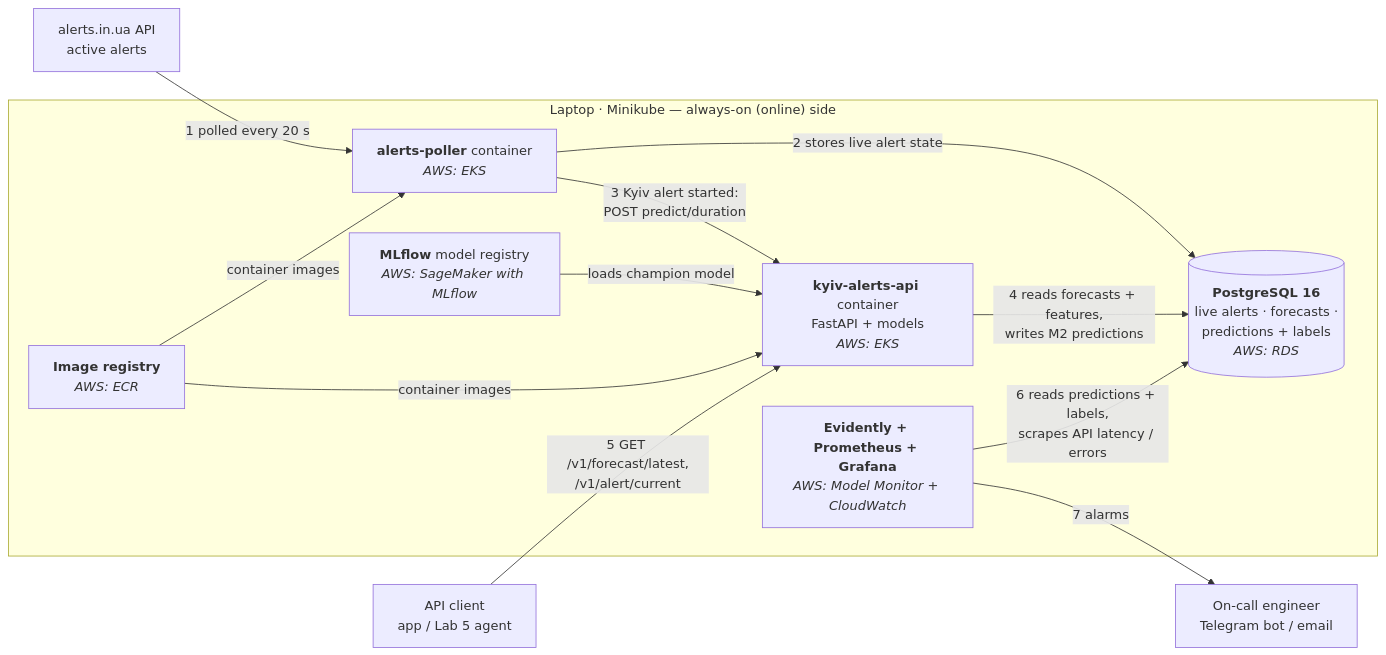
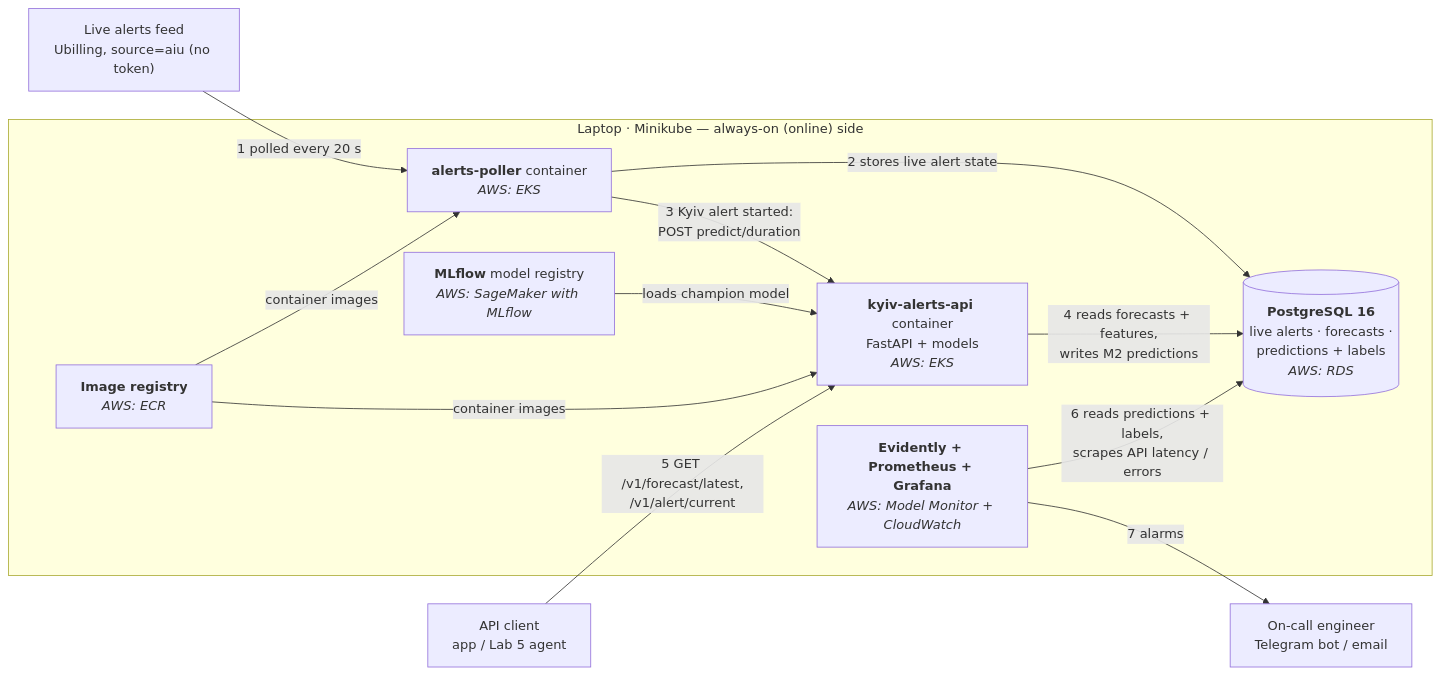
The fourth of 4 diagrams in docs/design.md (kvitoslava-yarish/mlops-2026), drawn with Mermaid before and after one commit. The commit also changed other lines of this file and 60 other files, not shown here.

````diff
--- a/docs/design.md
+++ b/docs/design.md
@@ -338,25 +391,25 @@
 ```mermaid
 flowchart LR
-    aiu["alerts.in.ua API<br/>active alerts"]
+    aiu["Live alerts feed<br/>Ubilling, source=aiu (no token)"]
     subgraph laptop["Laptop · Minikube — always-on (online) side"]
         reg["<b>Image registry</b><br/><i>AWS: ECR</i>"]
         poll["<b>alerts-poller</b> container<br/><i>AWS: EKS</i>"]
         api["<b>kyiv-alerts-api</b> container<br/>FastAPI + models<br/><i>AWS: EKS</i>"]
         mlf["<b>MLflow</b> model registry<br/><i>AWS: SageMaker with MLflow</i>"]
         pg[("<b>PostgreSQL 16</b><br/>live alerts · forecasts ·<br/>predictions + labels<br/><i>AWS: RDS</i>")]
         mon["<b>Evidently + Prometheus + Grafana</b><br/><i>AWS: Model Monitor + CloudWatch</i>"]
     end
     cli["API client<br/>app / Lab 5 agent"]
     onc["On-call engineer<br/>Telegram bot / email"]
 
     aiu -- "1 polled every 20 s" --> poll
     poll -- "2 stores live alert state" --> pg
     poll -- "3 Kyiv alert started:<br/>POST predict/duration" --> api
     mlf -- "loads champion model" --> api
     reg -- "container images" --> poll
     reg -- "container images" --> api
     api -- "4 reads forecasts + features,<br/>writes M2 predictions" --> pg
     cli -- "5 GET /v1/forecast/latest,<br/>/v1/alert/current" --> api
     mon -- "6 reads predictions + labels,<br/>scrapes API latency / errors" --> pg
     mon -- "7 alarms" --> onc
 ```
````
